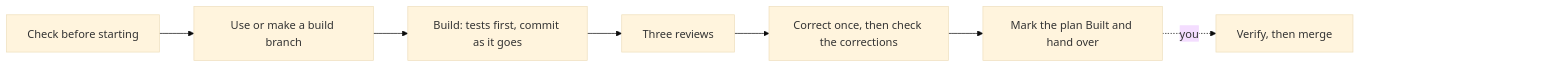
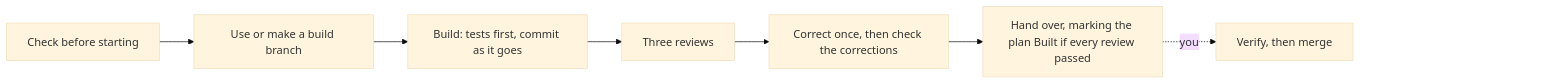
The diagram in docs/skills/build.md (michaelmarconi/agentic-engineering), drawn with Mermaid (base theme) before and after one commit. The commit also changed other lines of this file, not shown here.

Commit message:
Hand over without marking Built when corrections fail

````diff
--- a/docs/skills/build.md
+++ b/docs/skills/build.md
@@ -13,11 +13,11 @@
 ```mermaid
 flowchart LR
     Check[Check before starting] --> Branch[Use or make a build branch]
     Branch --> Build[Build: tests first, commit as it goes]
     Build --> Review[Three reviews]
     Review --> Correct[Correct once, then check the corrections]
-    Correct --> Hand[Mark the plan Built and hand over]
+    Correct --> Hand[Hand over, marking the plan Built if every review passed]
     Hand -.->|you| Verify[Verify, then merge]
     Verify ~~~ Pad["#nbsp;#nbsp;#nbsp;#nbsp;#nbsp;#nbsp;#nbsp;#nbsp;#nbsp;#nbsp;#nbsp;#nbsp;#nbsp;#nbsp;#nbsp;#nbsp;#nbsp;#nbsp;#nbsp;#nbsp;#nbsp;#nbsp;#nbsp;#nbsp;#nbsp;#nbsp;#nbsp;#nbsp;#nbsp;#nbsp;#nbsp;#nbsp;#nbsp;#nbsp;#nbsp;#nbsp;#nbsp;#nbsp;#nbsp;#nbsp;"]
     style Pad fill:none,stroke:none
 ```
````
